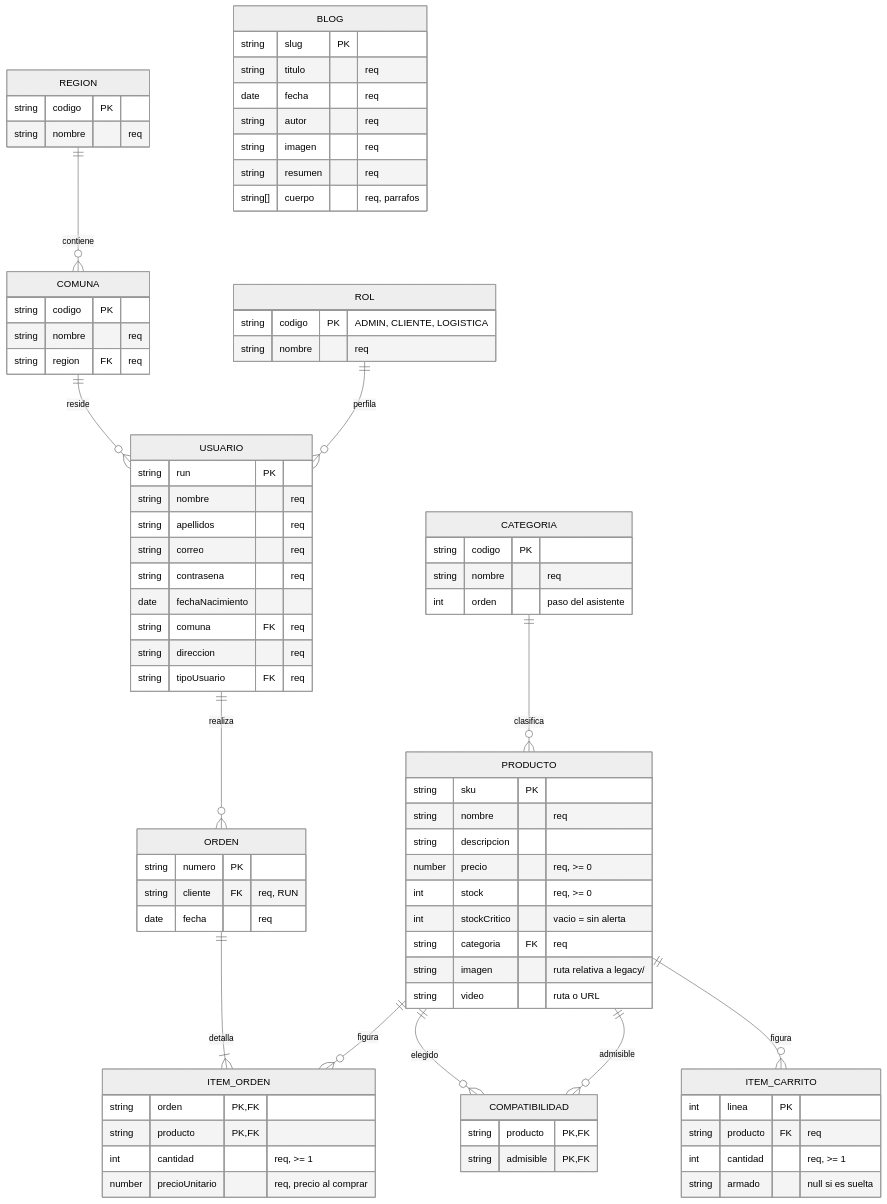
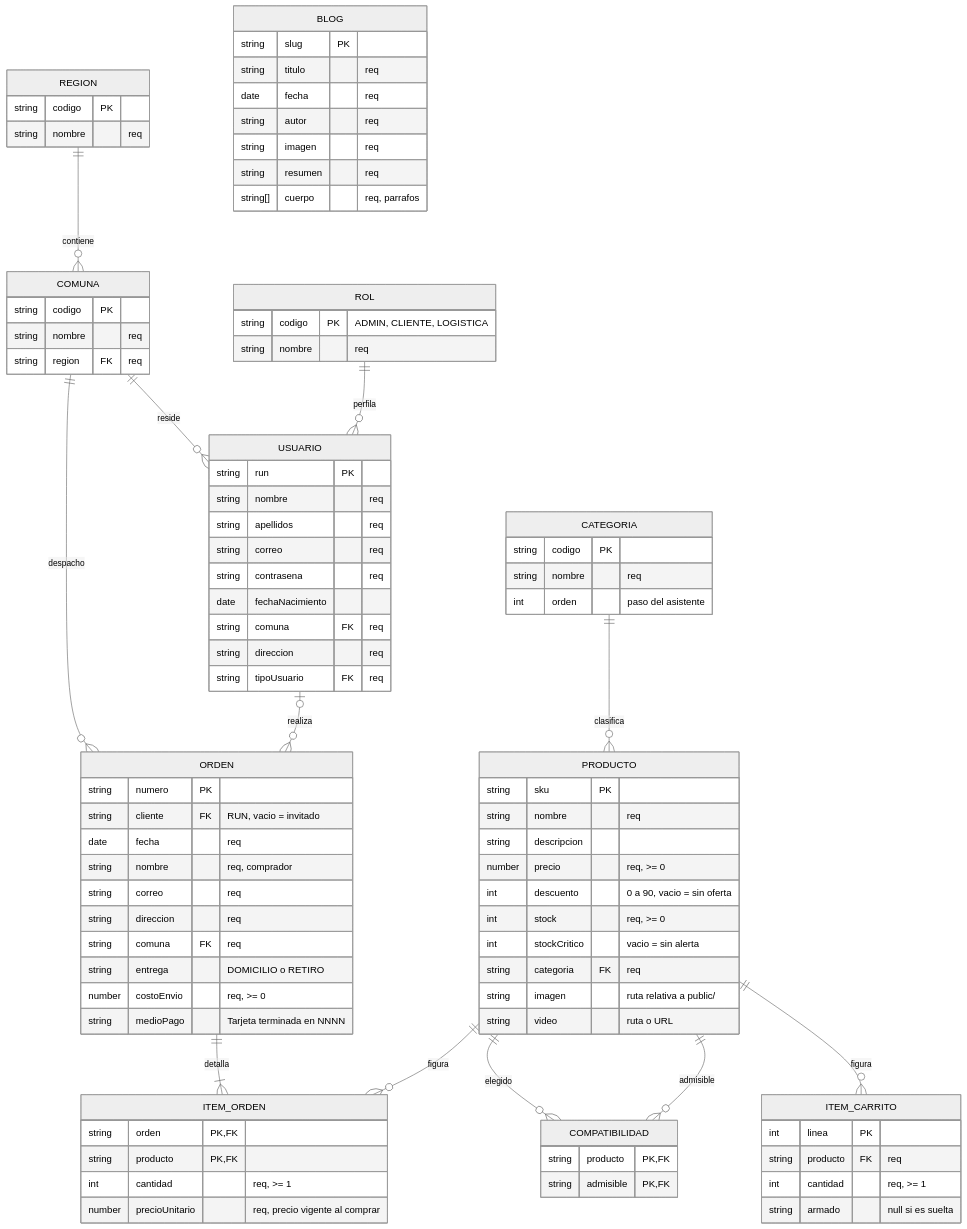
Before and after one commit to daemunozr/web_store: the second of 2 diagrams in README.md, drawn with Mermaid (neutral theme). The commit also changed other lines of this file and 1 other file, not shown here.

First line of the commit message:
actualiza el ERS a la revisión 3.0 y el README a la Entrega II

```diff
--- a/README.md
+++ b/README.md
@@ -142,8 +169,9 @@
   PRODUCTO ||--o{ COMPATIBILIDAD : admisible
   REGION ||--o{ COMUNA : contiene
   COMUNA ||--o{ USUARIO : reside
+  COMUNA ||--o{ ORDEN : despacho
   ROL ||--o{ USUARIO : perfila
-  USUARIO ||--o{ ORDEN : realiza
+  USUARIO |o--o{ ORDEN : realiza
   ORDEN ||--|{ ITEM_ORDEN : detalla
   PRODUCTO ||--o{ ITEM_ORDEN : figura
   PRODUCTO ||--o{ ITEM_CARRITO : figura
@@ -158,10 +186,11 @@
     string nombre "req"
     string descripcion
     number precio "req, >= 0"
+    int descuento "0 a 90, vacio = sin oferta"
     int stock "req, >= 0"
     int stockCritico "vacio = sin alerta"
     string categoria FK "req"
-    string imagen "ruta relativa a legacy/"
+    string imagen "ruta relativa a public/"
     string video "ruta o URL"
   }
   COMPATIBILIDAD {
@@ -194,14 +223,21 @@
   }
   ORDEN {
     string numero PK
-    string cliente FK "req, RUN"
+    string cliente FK "RUN, vacio = invitado"
     date fecha "req"
+    string nombre "req, comprador"
+    string correo "req"
+    string direccion "req"
+    string comuna FK "req"
+    string entrega "DOMICILIO o RETIRO"
+    number costoEnvio "req, >= 0"
+    string medioPago "Tarjeta terminada en NNNN"
   }
   ITEM_ORDEN {
     string orden PK, FK
     string producto PK, FK
     int cantidad "req, >= 1"
-    number precioUnitario "req, precio al comprar"
+    number precioUnitario "req, precio vigente al comprar"
   }
   ITEM_CARRITO {
     int linea PK
```
